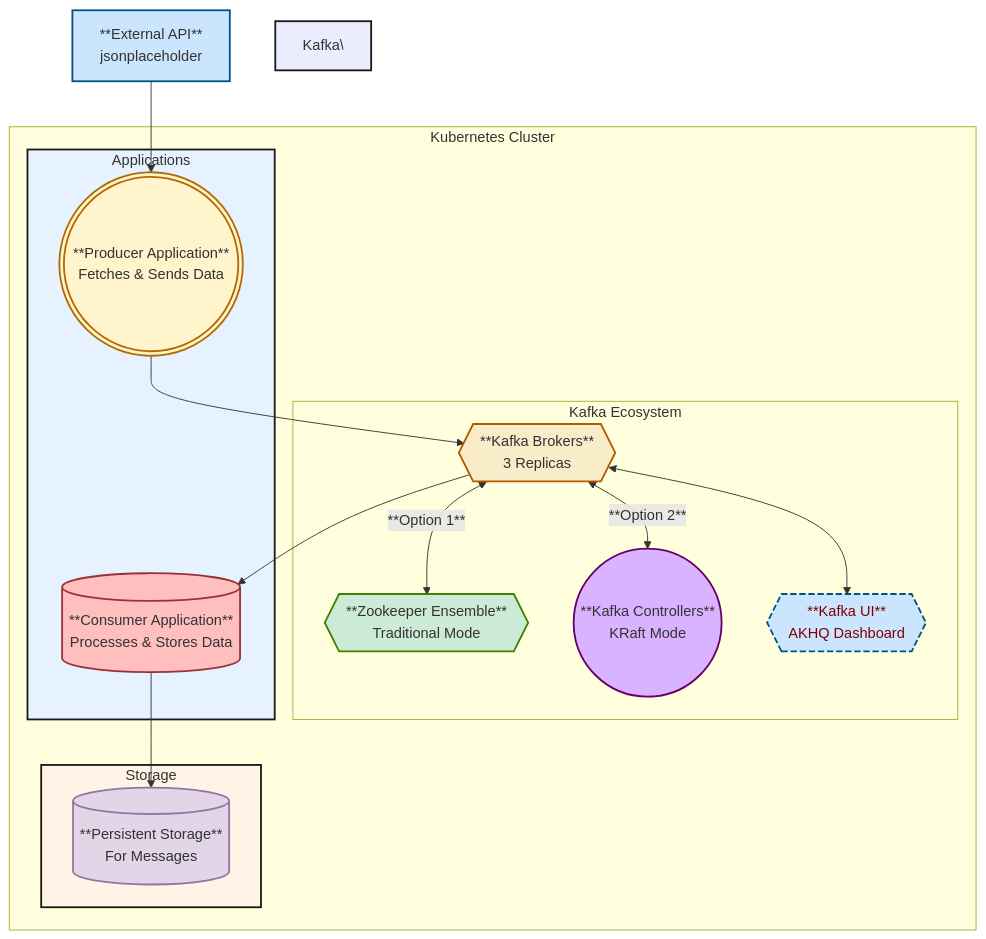
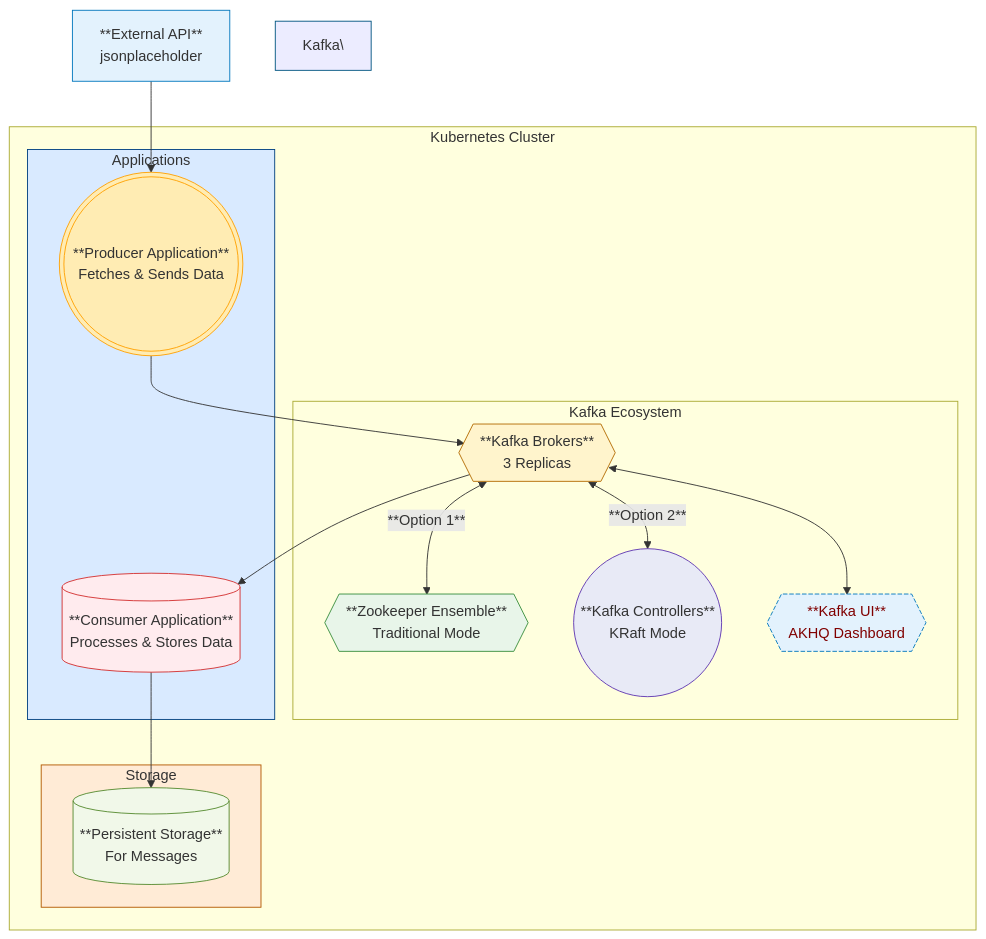
Before and after one commit to sansugupta/Apache-Kafka-Approaches: the diagram in README.md, drawn with Mermaid.

````diff
--- a/README.md
+++ b/README.md
@@ -649,37 +649,36 @@
 ```mermaid
 flowchart TD
     subgraph "Kubernetes Cluster"
         subgraph "Kafka Ecosystem"
             B{{**Kafka Brokers**<br>3 Replicas}} <--> |**Option 1**| Z{{**Zookeeper Ensemble**<br>Traditional Mode}}
             B <--> |**Option 2**| K((**Kafka Controllers**<br>KRaft Mode))
             B <--> UI{{**Kafka UI**<br>AKHQ Dashboard}}:::styledNode
         end
         
         subgraph "Applications"
             P(((**Producer Application**<br>Fetches & Sends Data))) --> B
             B --> C[(**Consumer Application**<br>Processes & Stores Data)]
         end
         
         subgraph "Storage"
             C --> S[(**Persistent Storage**<br>For Messages)]:::storageStyle
         end
     end
     
     API["**External API**<br>jsonplaceholder"] --> P
     
-    style Kafka\ Ecosystem fill:#ffffff,stroke:#1a1a1a,stroke-width:2px;
-    style Applications fill:#e6f2ff,stroke:#1a1a1a,stroke-width:2px;
-    style Storage fill:#fff4e6,stroke:#1a1a1a,stroke-width:2px;
-    style B fill:#f8ecc9,stroke:#b35900,stroke-width:2px;
-    style Z fill:#ccebd6,stroke:#408000,stroke-width:2px;
-    style K fill:#d9b3ff,stroke:#660066,stroke-width:2px;
-    style UI fill:#cce5ff,stroke:#005580,stroke-width:2px;
-    style P fill:#fff4cc,stroke:#b36b00,stroke-width:2px;
-    style C fill:#ffbfbf,stroke:#993333,stroke-width:2px;
-    style S fill:#e1d5e7,stroke:#9673a6,stroke-width:2px;
-    style API fill:#cce5ff,stroke:#005580,stroke-width:2px;
+    style Kafka\ Ecosystem fill:#ffffff,stroke:#005580,stroke-width:1px;
+    style Applications fill:#d9eaff,stroke:#004080,stroke-width:1px;
+    style Storage fill:#ffebd6,stroke:#b35900,stroke-width:1px;
+    style B fill:#fff4cc,stroke:#b36b00,stroke-width:1px;
+    style Z fill:#e8f5e9,stroke:#388e3c,stroke-width:1px;
+    style K fill:#e8eaf6,stroke:#5e35b1,stroke-width:1px;
+    style UI fill:#e3f2fd,stroke:#0277bd,stroke-width:1px;
+    style P fill:#ffecb3,stroke:#ffa000,stroke-width:1px;
+    style C fill:#ffebee,stroke:#d32f2f,stroke-width:1px;
+    style S fill:#f1f8e9,stroke:#558b2f,stroke-width:1px;
+    style API fill:#e3f2fd,stroke:#0277bd,stroke-width:1px;
 
-    classDef styledNode stroke-width:4px,stroke-dasharray: 7 3,color:#800000;
-    classDef storageStyle fill:#fafad2,stroke:#696969;
-
+    classDef styledNode stroke-width:2px,stroke-dasharray: 5 2,color:#800000;
+    classDef storageStyle fill:#e3f2fd,stroke:#0277bd;
 ```
````
